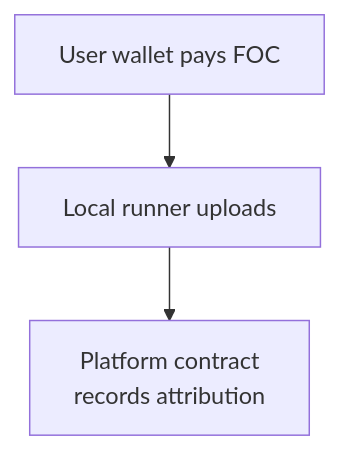
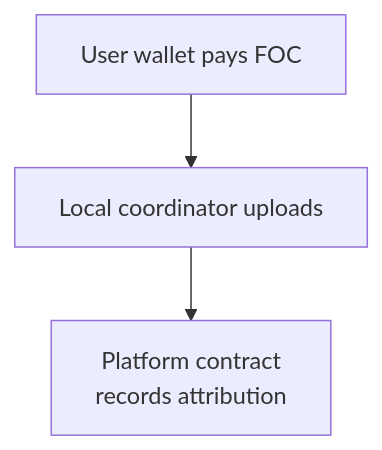
Diagram 12 of 20 in spec.md (FIL-Builders/foc-platform), drawn with Mermaid before and after one commit. The commit also changed other lines of this file, not shown here.

Commit message:
Replace runner terminology with coordinator

````diff
--- a/spec.md
+++ b/spec.md
@@ -1021,9 +1021,9 @@
 ```mermaid
 flowchart TD
   wallet["User wallet pays FOC"]
-  runner["Local runner uploads"]
+  coordinator["Local coordinator uploads"]
   platform["Platform contract<br/>records attribution"]
 
-  wallet --> runner
-  runner --> platform
+  wallet --> coordinator
+  coordinator --> platform
 ```
````
